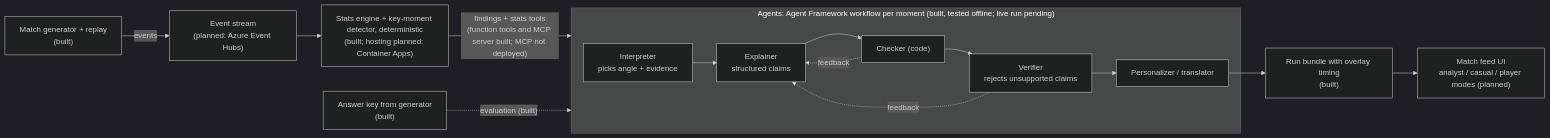
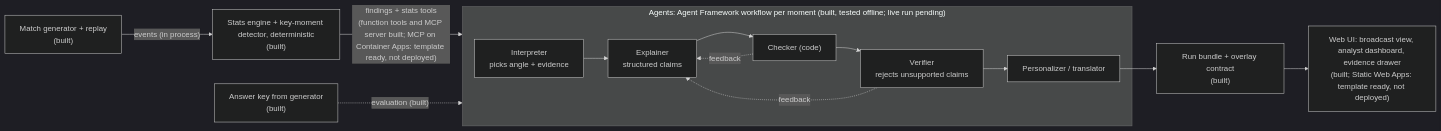
The diagram in docs/ARCHITECTURE.md (rahmanshah/pitchside-developer-hackathon), drawn with Mermaid (dark theme) before and after one commit. The commit also changed other lines of this file and 6 other files, not shown here.

````diff
--- a/docs/ARCHITECTURE.md
+++ b/docs/ARCHITECTURE.md
@@ -5,17 +5,16 @@
 ```mermaid
 flowchart LR
-    G["Match generator + replay<br/>(built)"] -->|events| B["Event stream<br/>(planned: Azure Event Hubs)"]
-    B --> S["Stats engine + key-moment detector, deterministic<br/>(built; hosting planned: Container Apps)"]
-    S -->|"findings + stats tools<br/>(function tools and MCP server built; MCP not deployed)"| A
+    G["Match generator + replay<br/>(built)"] -->|"events (in process)"| S["Stats engine + key-moment detector, deterministic<br/>(built)"]
+    S -->|"findings + stats tools<br/>(function tools and MCP server built; MCP on Container Apps: template ready, not deployed)"| A
     subgraph A["Agents: Agent Framework workflow per moment (built, tested offline; live run pending)"]
         I["Interpreter<br/>picks angle + evidence"] --> E["Explainer<br/>structured claims"]
         E --> C["Checker (code)"]
         C --> V["Verifier<br/>rejects unsupported claims"]
         V --> P["Personalizer / translator"]
         C -. feedback .-> E
         V -. feedback .-> E
     end
-    P --> R["Run bundle with overlay timing<br/>(built)"]
-    R --> UI["Match feed UI<br/>analyst / casual / player modes (planned)"]
+    P --> R["Run bundle + overlay contract<br/>(built)"]
+    R --> UI["Web UI: broadcast view, analyst dashboard, evidence drawer<br/>(built; Static Web Apps: template ready, not deployed)"]
     K["Answer key from generator<br/>(built)"] -.->|"evaluation (built)"| A
 ```
````
